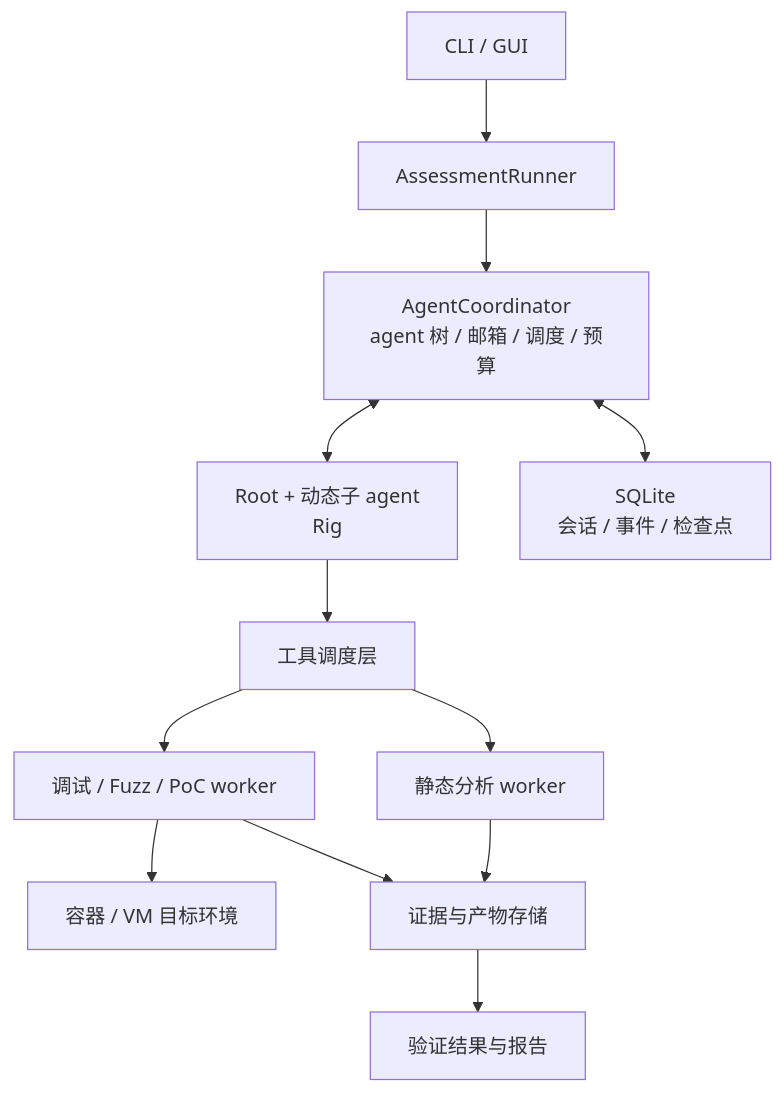
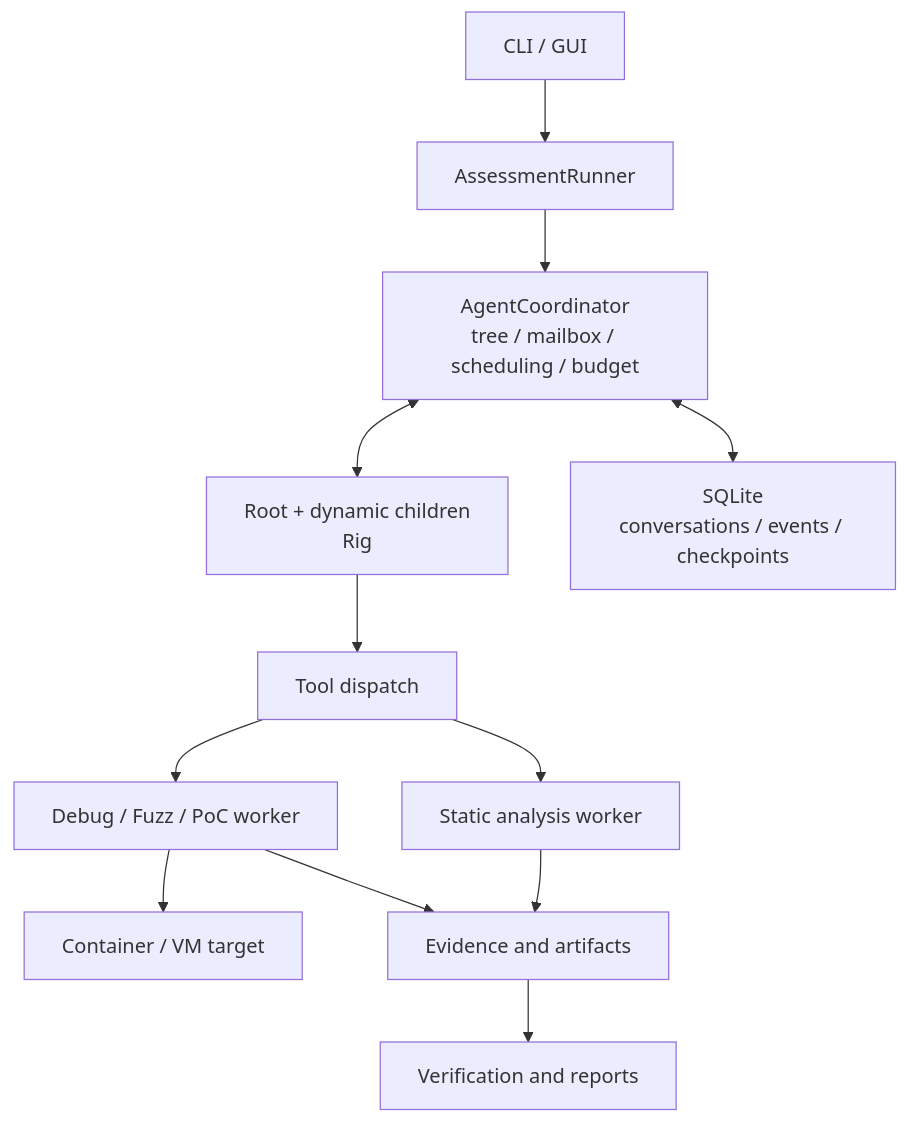
The diagram in docs/history/strix-rig-binary-agent-plan.md (mark0-cn/Wukong), drawn with Mermaid before and after one commit. The commit also changed other lines of this file and 65 other files, not shown here.

````diff
--- a/docs/history/strix-rig-binary-agent-plan.md
+++ b/docs/history/strix-rig-binary-agent-plan.md
@@ -52,14 +58,14 @@
 ```mermaid
 flowchart TB
     UI["CLI / GUI"] --> Runner["AssessmentRunner"]
-    Runner --> Coordinator["AgentCoordinator<br/>agent 树 / 邮箱 / 调度 / 预算"]
-    Coordinator <--> Agents["Root + 动态子 agent<br/>Rig"]
-    Agents --> Tools["工具调度层"]
-    Tools --> Static["静态分析 worker"]
-    Tools --> Dynamic["调试 / Fuzz / PoC worker"]
-    Dynamic --> Sandbox["容器 / VM 目标环境"]
-    Coordinator <--> Store["SQLite<br/>会话 / 事件 / 检查点"]
-    Static --> Artifacts["证据与产物存储"]
+    Runner --> Coordinator["AgentCoordinator<br/>tree / mailbox / scheduling / budget"]
+    Coordinator <--> Agents["Root + dynamic children<br/>Rig"]
+    Agents --> Tools["Tool dispatch"]
+    Tools --> Static["Static analysis worker"]
+    Tools --> Dynamic["Debug / Fuzz / PoC worker"]
+    Dynamic --> Sandbox["Container / VM target"]
+    Coordinator <--> Store["SQLite<br/>conversations / events / checkpoints"]
+    Static --> Artifacts["Evidence and artifacts"]
     Dynamic --> Artifacts
-    Artifacts --> Report["验证结果与报告"]
+    Artifacts --> Report["Verification and reports"]
 ```
````
